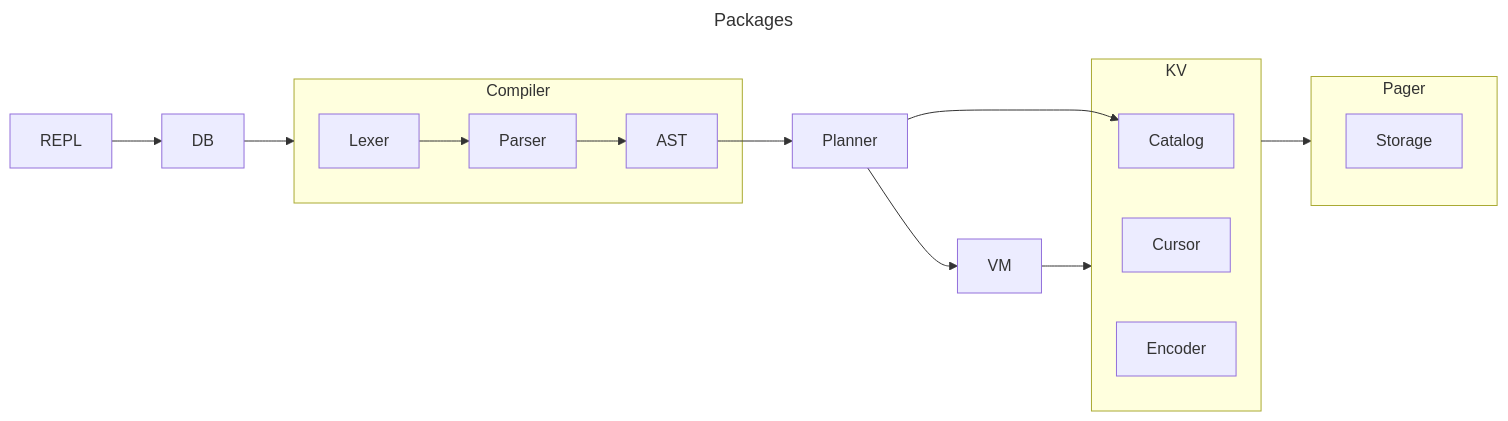
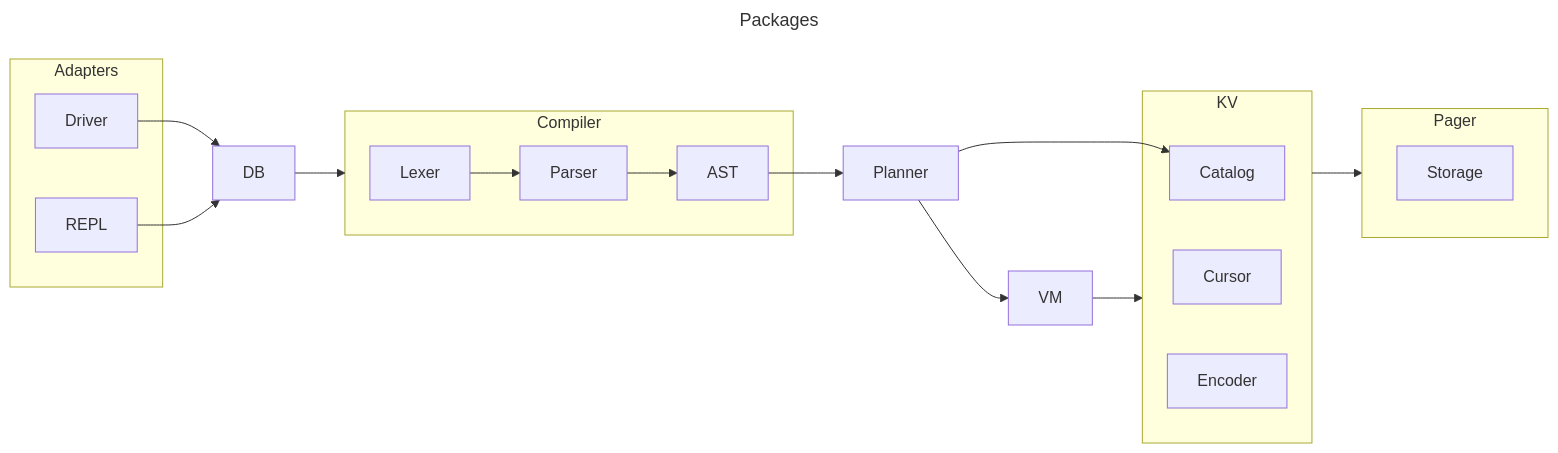
One commit to chirst/cdb changed the fourth of 4 diagrams in README.md. Above: the diagram before and after it, drawn with Mermaid. The commit also changed other lines of this file and 6 other files, not shown here.

````diff
--- a/README.md
+++ b/README.md
@@ -101,24 +101,29 @@
 ```mermaid
 ---
 title: Packages
 ---
 graph LR
+    subgraph Adapters
+    Driver
+    REPL
+    end
+    Driver --> DB
     REPL --> DB
     DB --> Compiler
     subgraph Compiler
     Lexer --> Parser --> AST
     end
     AST --> Planner
     Planner --> VM
     Planner --> Catalog
     VM --> KV
     subgraph KV
     Cursor
     Catalog
     Encoder
     end
     KV --> Pager
     subgraph Pager
     Storage
     end
 ```
````
